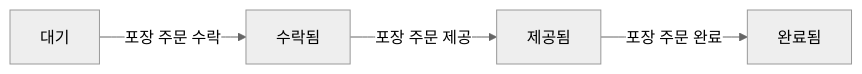
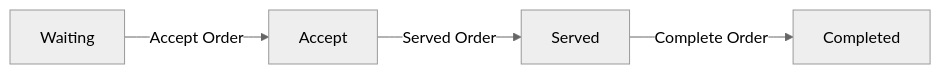
One commit to next-step/ddd-strategic-design changed the third of 5 diagrams in README.md. Above: the diagram before and after it, drawn with Mermaid (neutral theme). The commit also changed other lines of this file, not shown here.

````diff
--- a/README.md
+++ b/README.md
@@ -340,6 +342,6 @@
-```mermaid
-graph LR
-    A[대기] --포장 주문 수락--> B[수락됨];
-    B --포장 주문 제공--> C[제공됨];
-    C --포장 주문 완료--> F[완료됨];
-``` 
+    ```mermaid
+      graph LR
+      A[Waiting] --Accept Order--> B[Accept];
+      B --Served Order--> C[Served];
+      C --Complete Order--> F[Completed];
+    ``` 
````
